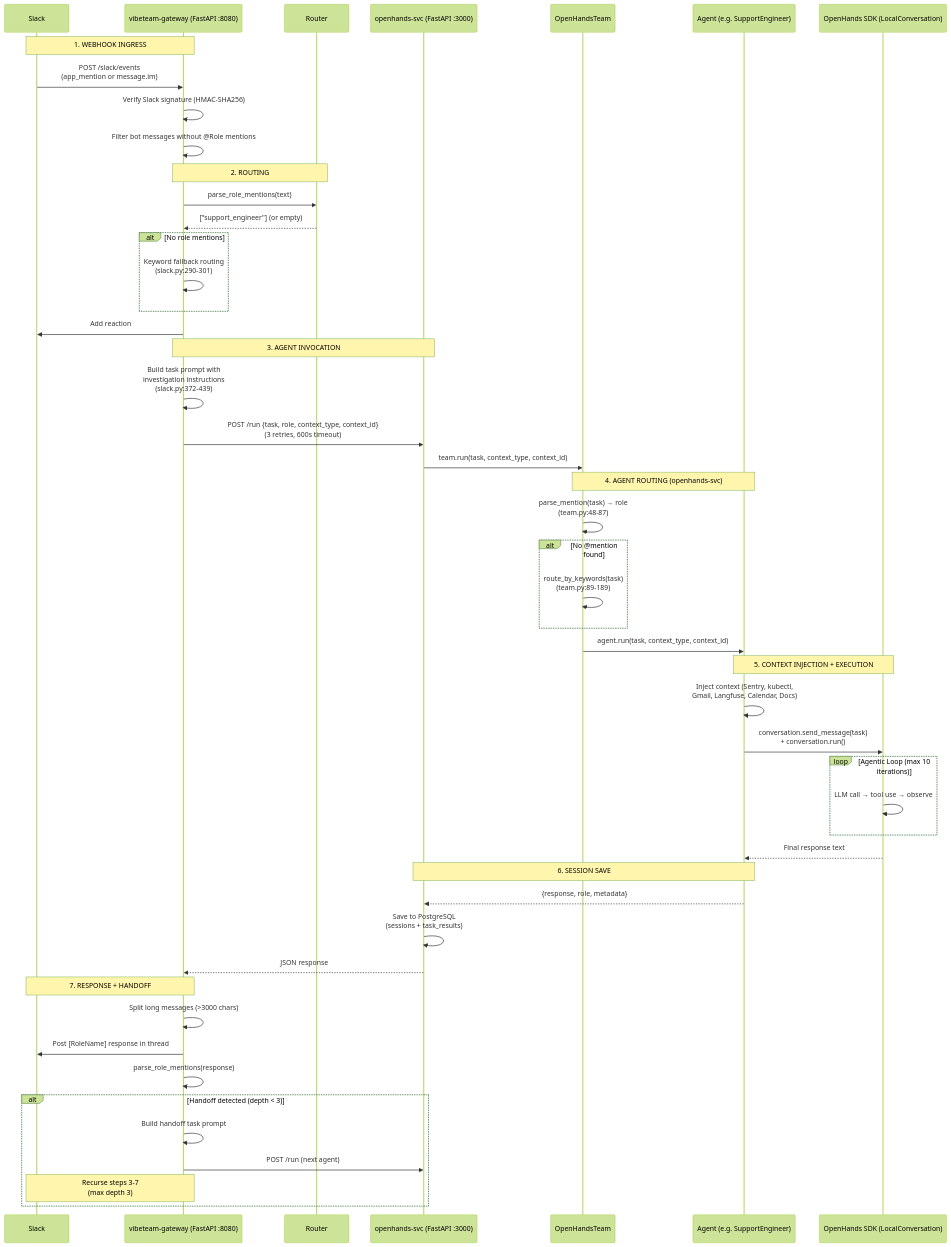
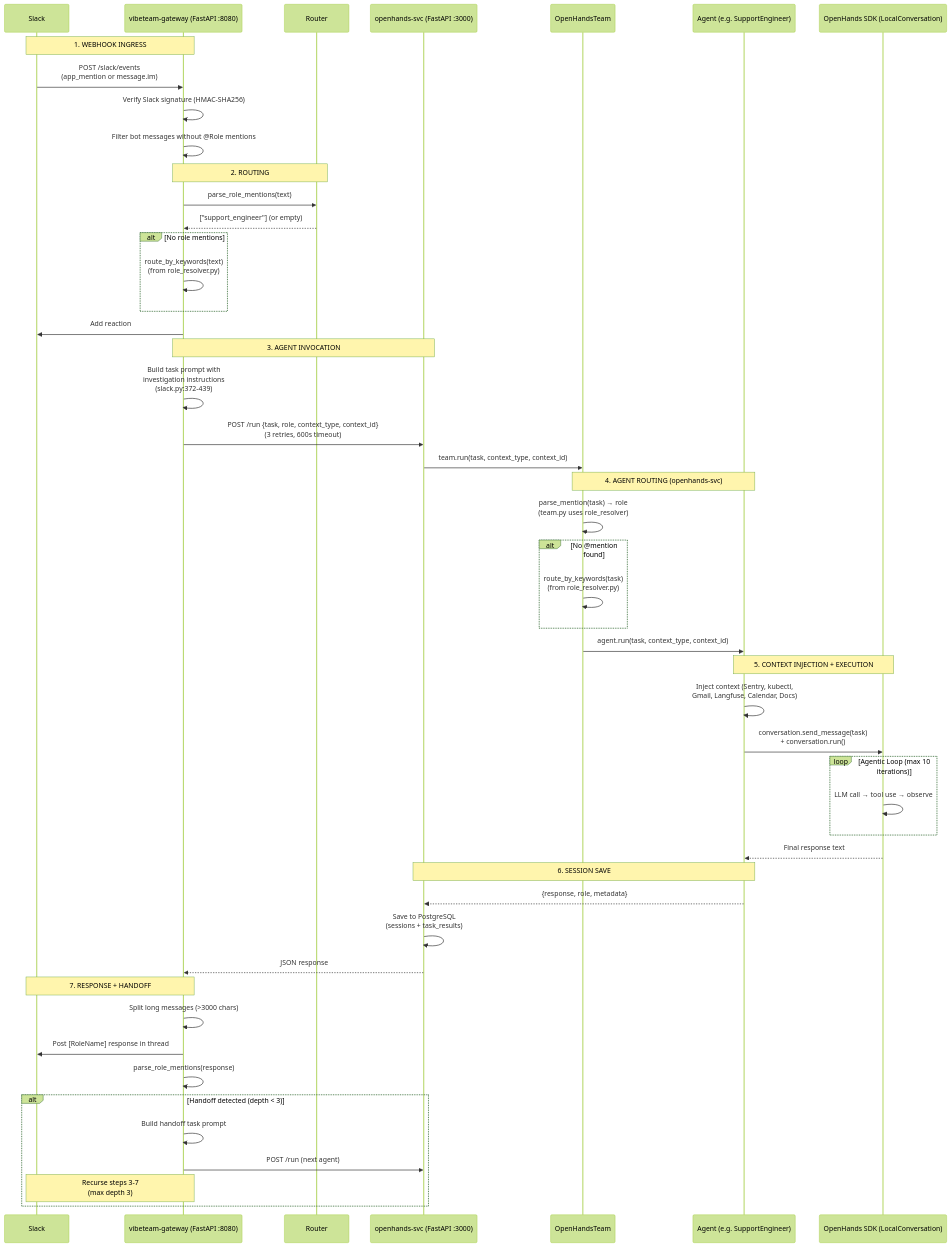
The diagram in plan.md (VibeTechnologies/VibeTeam), drawn with Mermaid (forest theme) before and after one commit. The commit also changed other lines of this file, not shown here.

Commit message:
docs: update plan.md — keyword routing done, close PR #51, track PR #53

````diff
--- a/plan.md
+++ b/plan.md
@@ -44,58 +58,58 @@
 ```mermaid
 sequenceDiagram
     participant Slack
     participant GW as vibeteam-gateway (FastAPI :8080)
     participant Router as Router
     participant OH as openhands-svc (FastAPI :3000)
     participant Team as OpenHandsTeam
     participant Agent as Agent (e.g. SupportEngineer)
     participant SDK as OpenHands SDK (LocalConversation)
 
     Note over Slack,GW: 1. WEBHOOK INGRESS
     Slack->>GW: POST /slack/events<br/>(app_mention or message.im)
     GW->>GW: Verify Slack signature (HMAC-SHA256)
     GW->>GW: Filter bot messages without @Role mentions
 
     Note over GW,Router: 2. ROUTING
     GW->>Router: parse_role_mentions(text)
     Router-->>GW: ["support_engineer"] (or empty)
     alt No role mentions
-        GW->>GW: Keyword fallback routing<br/>(slack.py:290-301)
+        GW->>GW: route_by_keywords(text)<br/>(from role_resolver.py)
     end
     GW->>Slack: Add reaction
 
     Note over GW,OH: 3. AGENT INVOCATION
     GW->>GW: Build task prompt with<br/>investigation instructions<br/>(slack.py:372-439)
     GW->>OH: POST /run {task, role, context_type, context_id}<br/>(3 retries, 600s timeout)
     OH->>Team: team.run(task, context_type, context_id)
 
     Note over Team,Agent: 4. AGENT ROUTING (openhands-svc)
-    Team->>Team: parse_mention(task) → role<br/>(team.py:48-87)
+    Team->>Team: parse_mention(task) → role<br/>(team.py uses role_resolver)
     alt No @mention found
-        Team->>Team: route_by_keywords(task)<br/>(team.py:89-189)
+        Team->>Team: route_by_keywords(task)<br/>(from role_resolver.py)
     end
     Team->>Agent: agent.run(task, context_type, context_id)
 
     Note over Agent,SDK: 5. CONTEXT INJECTION + EXECUTION
     Agent->>Agent: Inject context (Sentry, kubectl,<br/>Gmail, Langfuse, Calendar, Docs)
     Agent->>SDK: conversation.send_message(task)<br/>+ conversation.run()
     loop Agentic Loop (max 10 iterations)
         SDK->>SDK: LLM call → tool use → observe
     end
     SDK-->>Agent: Final response text
 
     Note over Agent,OH: 6. SESSION SAVE
     Agent-->>OH: {response, role, metadata}
     OH->>OH: Save to PostgreSQL<br/>(sessions + task_results)
     OH-->>GW: JSON response
 
     Note over GW,Slack: 7. RESPONSE + HANDOFF
     GW->>GW: Split long messages (>3000 chars)
     GW->>Slack: Post [RoleName] response in thread
     GW->>GW: parse_role_mentions(response)
     alt Handoff detected (depth < 3)
         GW->>GW: Build handoff task prompt
         GW->>OH: POST /run (next agent)
         Note over GW,Slack: Recurse steps 3-7<br/>(max depth 3)
     end
 ```
````
